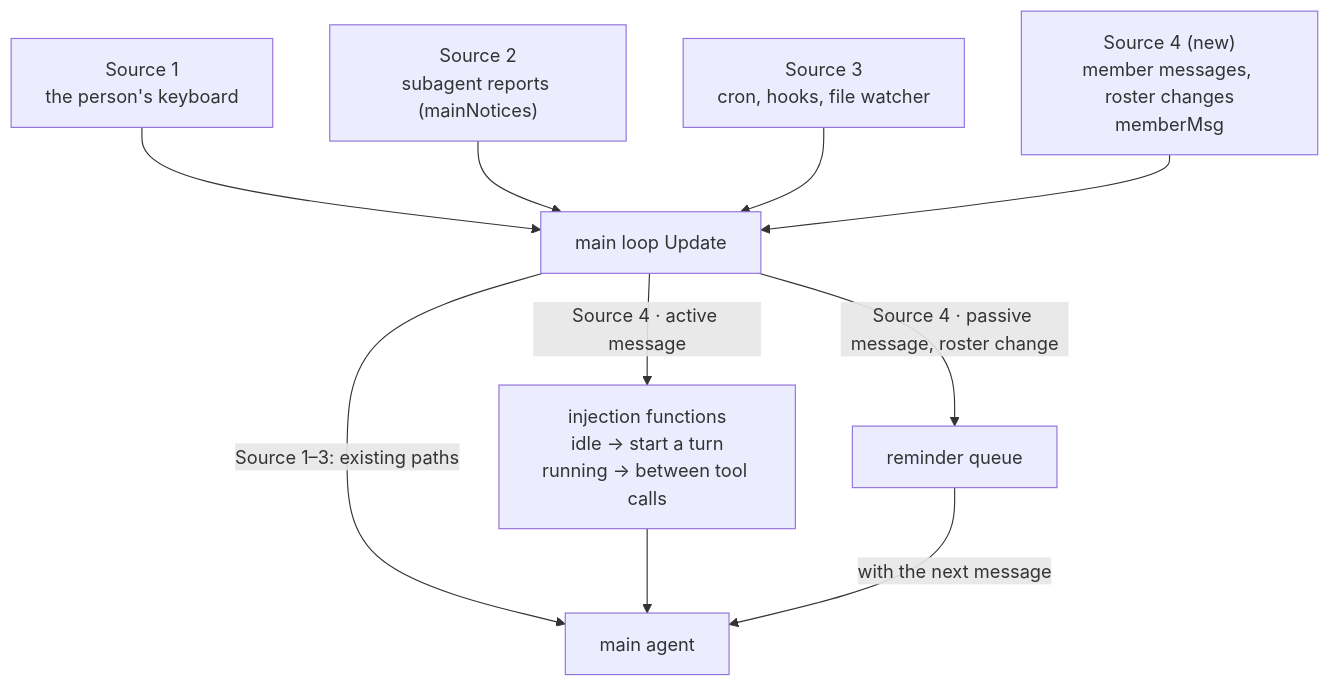
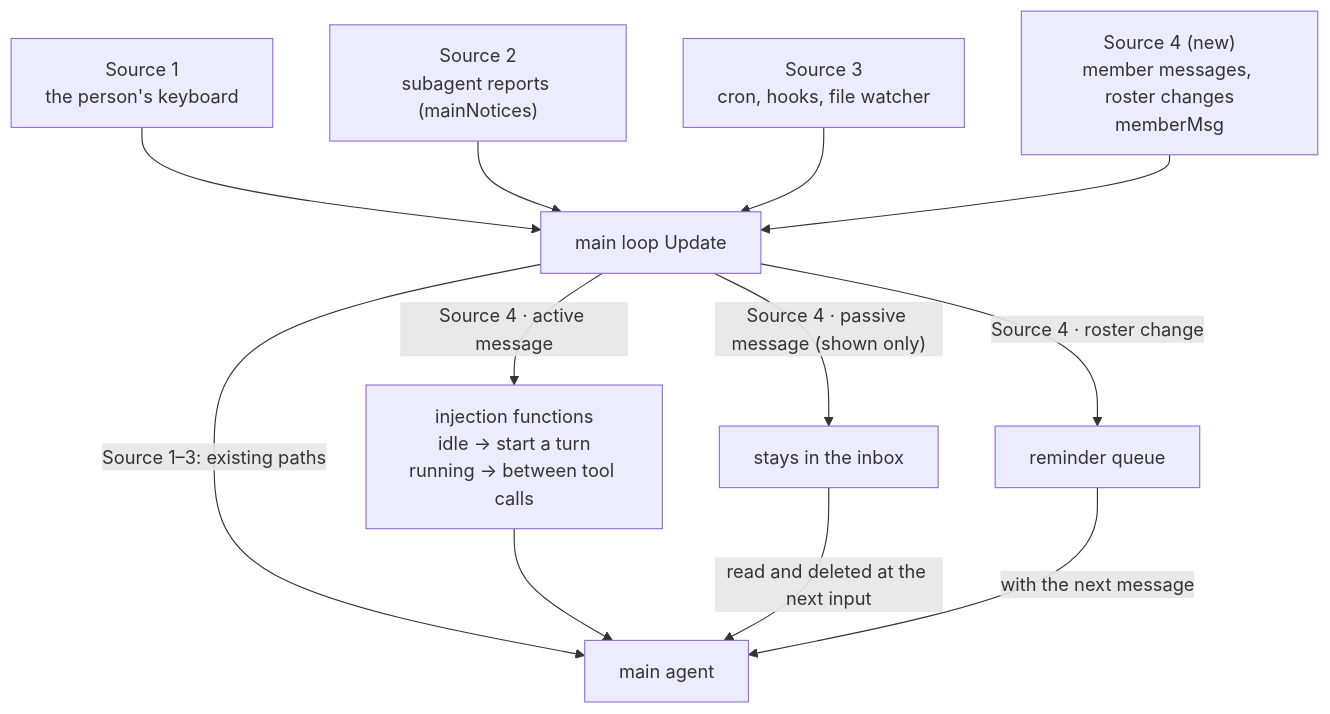
The fifth of 5 diagrams in docs/design/proposals/0003-session-groups.md (genai-io/san), drawn with Mermaid before and after one commit. The commit also changed other lines of this file and 1 other file, not shown here.

````diff
--- a/docs/design/proposals/0003-session-groups.md
+++ b/docs/design/proposals/0003-session-groups.md
@@ -338,10 +345,11 @@
 ```mermaid
 flowchart TB
     S1["Source 1<br/>the person's keyboard"] --> U
     S2["Source 2<br/>subagent reports (mainNotices)"] --> U
     S3["Source 3<br/>cron, hooks, file watcher"] --> U
     S4["Source 4 (new)<br/>member messages, roster changes<br/>memberMsg"] --> U
     U["main loop Update"] -->|"Source 1–3: existing paths"| A["main agent"]
     U -->|"Source 4 · active message"| I["injection functions<br/>idle → start a turn<br/>running → between tool calls"] --> A
-    U -->|"Source 4 · passive message, roster change"| Q["reminder queue"] -->|with the next message| A
+    U -->|"Source 4 · passive message (shown only)"| IB["stays in the inbox"] -->|read and deleted at the next input| A
+    U -->|"Source 4 · roster change"| Q["reminder queue"] -->|with the next message| A
 ```
````
